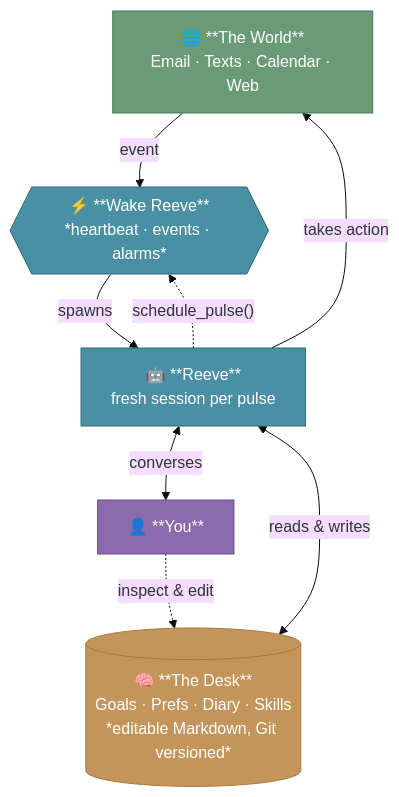
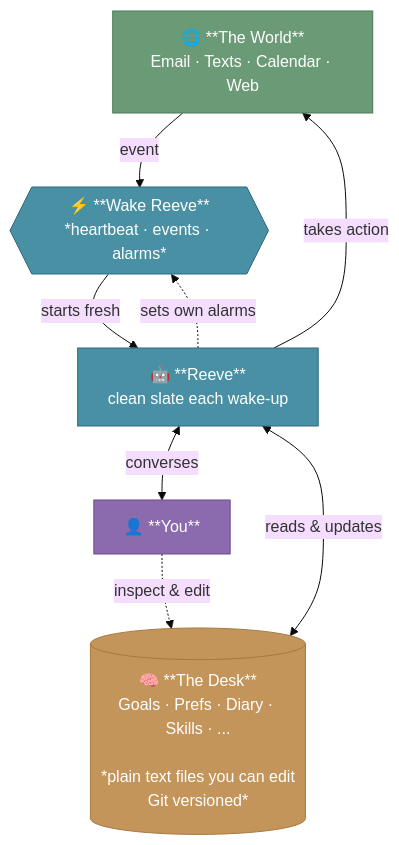
One commit to reubenjohn/reeve_bot changed the first of 2 diagrams in docs/index.md. Above: the diagram before and after it, drawn with Mermaid. The commit also changed other lines of this file, not shown here.

````diff
--- a/docs/index.md
+++ b/docs/index.md
@@ -60,21 +60,21 @@
 ```mermaid
 %%{init: {'theme': 'base', 'flowchart': {'rankSpacing': 50}}}%%
 flowchart TB
     classDef user fill:#8b6aad,stroke:#6b4a8d,color:#fff
     classDef brain fill:#c4955a,stroke:#a67940,color:#fff
     classDef core fill:#4a90a4,stroke:#2e6b7a,color:#fff
     classDef ext fill:#6b9b76,stroke:#4a7a54,color:#fff
 
     World["🌐 **The World**<br/>Email · Texts · Calendar · Web"]:::ext
 
     World -->|"event"| Wake{{"⚡ **Wake Reeve**<br/>*heartbeat · events · alarms*"}}:::core
 
-    Wake -->|"spawns"| Reeve["🤖 **Reeve**<br/>fresh session per pulse"]:::core
+    Wake -->|"starts fresh"| Reeve["🤖 **Reeve**<br/>clean slate each wake-up"]:::core
 
     Reeve <-->|"converses"| You["👤 **You**"]:::user
-    Reeve <-->|"reads &amp; writes"| Desk[("🧠 **The Desk**<br/>Goals · Prefs · Diary · Skills<br/>*editable Markdown, Git versioned*")]:::brain
+    Reeve <-->|"reads &amp; updates"| Desk[("🧠 **The Desk**<br/>Goals · Prefs · Diary · Skills · ...<br/><br/>*plain text files you can edit<br/>Git versioned*")]:::brain
     Reeve -->|"takes action"| World
-    Reeve -.->|"schedule_pulse()"| Wake
+    Reeve -.->|"sets own alarms"| Wake
 
     You -.->|"inspect &amp; edit"| Desk
 ```
````
